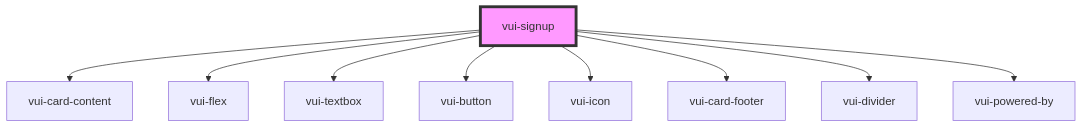
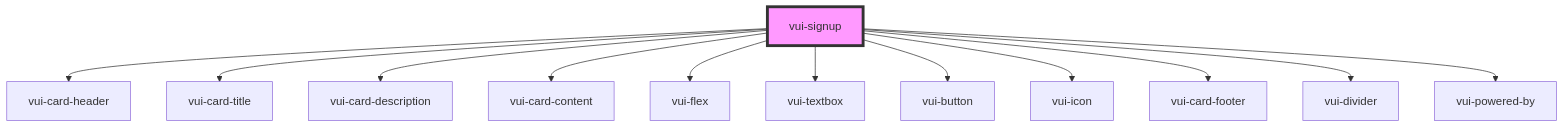
The diagram in packages/stencil-library/src/components/signup/readme.md (verite-team/verite-elements), drawn with Mermaid before and after one commit. The commit also changed other lines of this file and 84 other files, not shown here.

````diff
--- a/packages/stencil-library/src/components/signup/readme.md
+++ b/packages/stencil-library/src/components/signup/readme.md
@@ -34,12 +47,15 @@
 ```mermaid
 graph TD;
+  vui-signup --> vui-card-header
+  vui-signup --> vui-card-title
+  vui-signup --> vui-card-description
   vui-signup --> vui-card-content
   vui-signup --> vui-flex
   vui-signup --> vui-textbox
   vui-signup --> vui-button
   vui-signup --> vui-icon
   vui-signup --> vui-card-footer
   vui-signup --> vui-divider
   vui-signup --> vui-powered-by
   style vui-signup fill:#f9f,stroke:#333,stroke-width:4px
 ```
````
